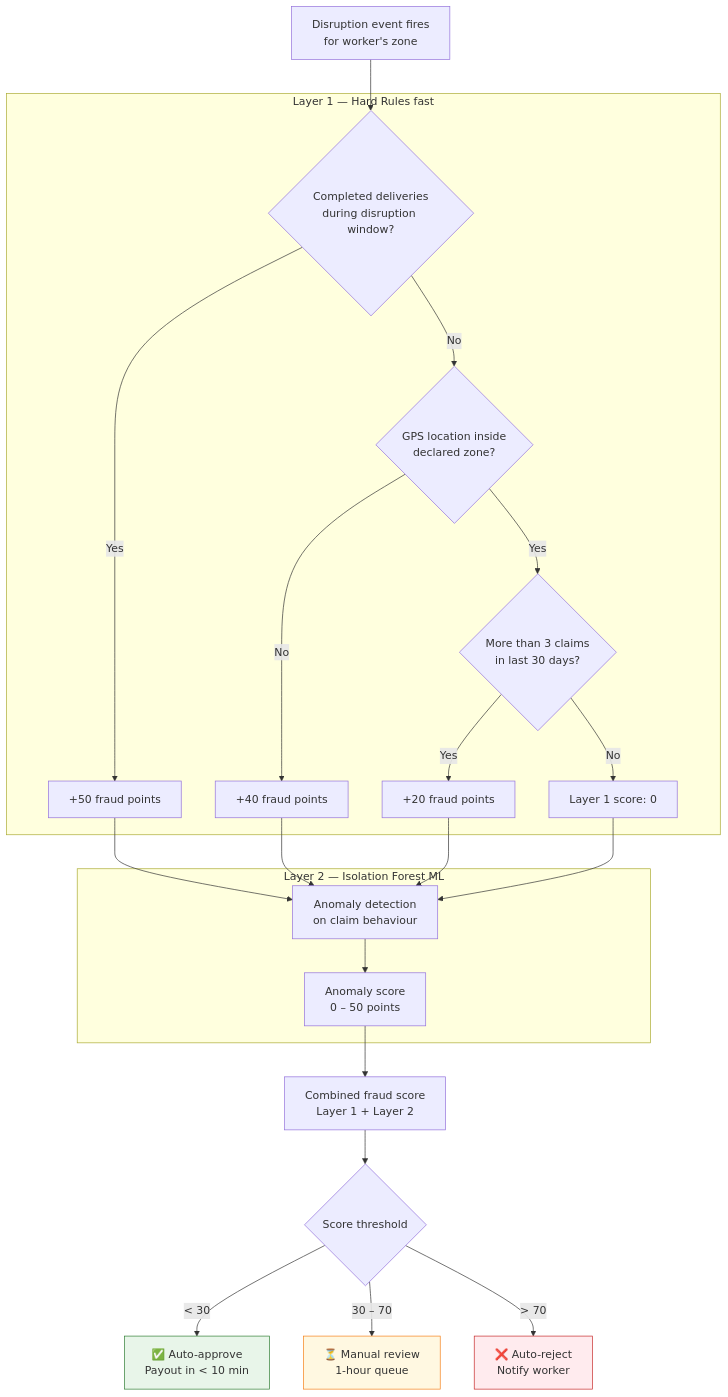
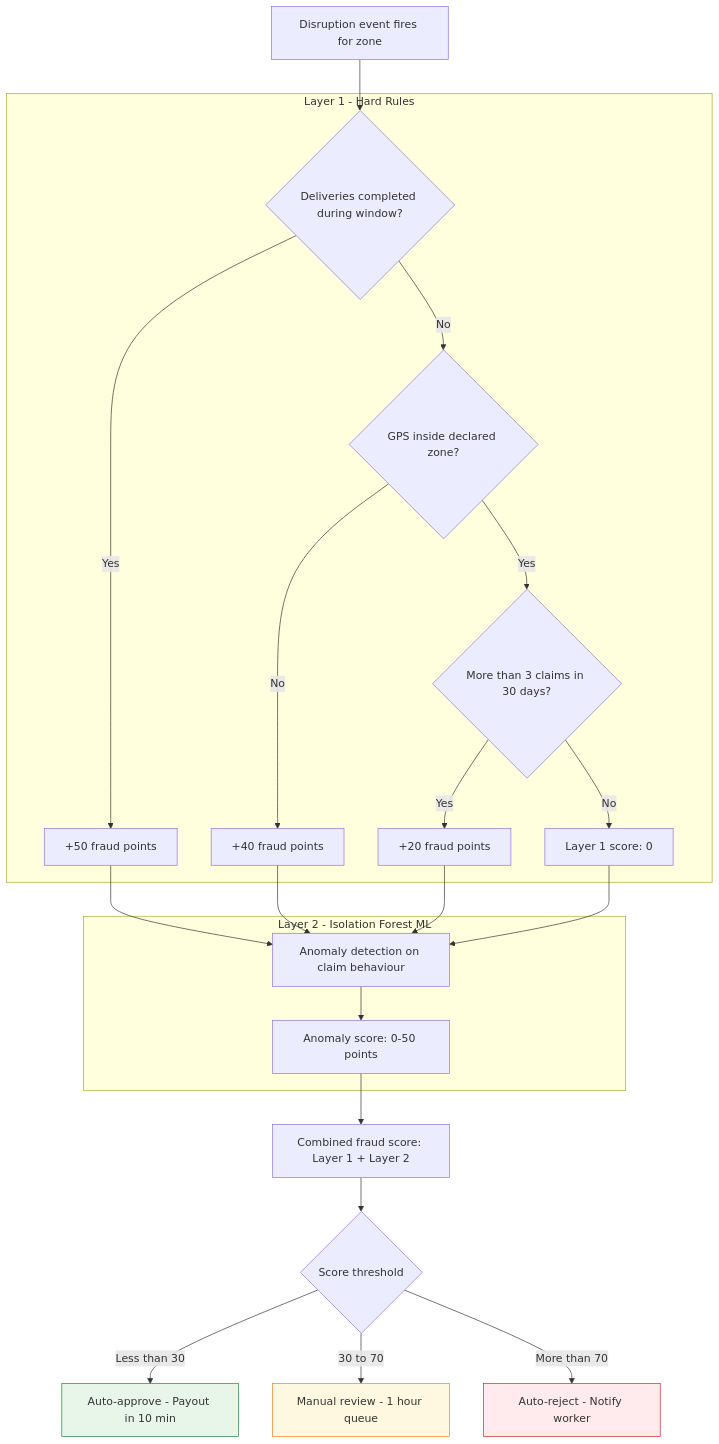
The fifth of 6 diagrams in README.md (Ryuga-Mvp/GigShield), drawn with Mermaid before and after one commit. The commit also changed other lines of this file, not shown here.

````diff
--- a/README.md
+++ b/README.md
@@ -266,35 +266,35 @@
 ```mermaid
 flowchart TD
-    A[Disruption event fires\nfor worker's zone] --> B
+    A[Disruption event fires for zone] --> B
 
-    subgraph LAYER1["Layer 1 — Hard Rules  fast"]
-        B{Completed deliveries\nduring disruption window?}
+    subgraph LAYER1["Layer 1 - Hard Rules"]
+        B{Deliveries completed during window?}
         B -- Yes --> X1[+50 fraud points]
         B -- No --> C
 
-        C{GPS location inside\ndeclared zone?}
+        C{GPS inside declared zone?}
         C -- No --> X2[+40 fraud points]
         C -- Yes --> D
 
-        D{More than 3 claims\nin last 30 days?}
+        D{More than 3 claims in 30 days?}
         D -- Yes --> X3[+20 fraud points]
         D -- No --> E[Layer 1 score: 0]
     end
 
     X1 & X2 & X3 & E --> F
 
-    subgraph LAYER2["Layer 2 — Isolation Forest ML"]
-        F[Anomaly detection\non claim behaviour] --> G[Anomaly score\n0 – 50 points]
+    subgraph LAYER2["Layer 2 - Isolation Forest ML"]
+        F[Anomaly detection on claim behaviour] --> G[Anomaly score: 0-50 points]
     end
 
-    G --> H[Combined fraud score\nLayer 1 + Layer 2]
+    G --> H[Combined fraud score: Layer 1 + Layer 2]
 
     H --> I{Score threshold}
-    I -- "< 30" --> J["✅ Auto-approve\nPayout in < 10 min"]
-    I -- "30 – 70" --> K[⏳ Manual review\n1-hour queue]
-    I -- "> 70" --> L[❌ Auto-reject\nNotify worker]
+    I -- Less than 30 --> J[Auto-approve - Payout in 10 min]
+    I -- 30 to 70 --> K[Manual review - 1 hour queue]
+    I -- More than 70 --> L[Auto-reject - Notify worker]
 
     style J fill:#e8f5e9,stroke:#2e7d32
     style K fill:#fff8e1,stroke:#f57f17
     style L fill:#ffebee,stroke:#c62828
 ```
````
